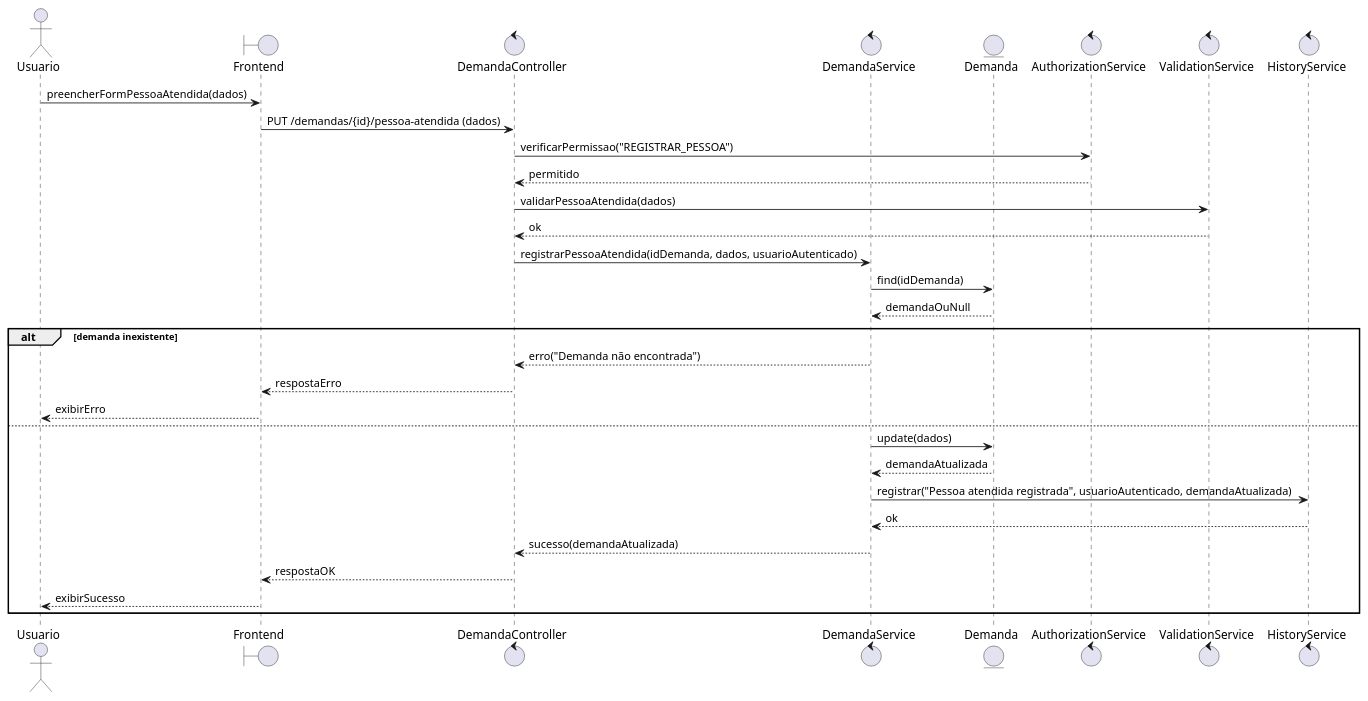
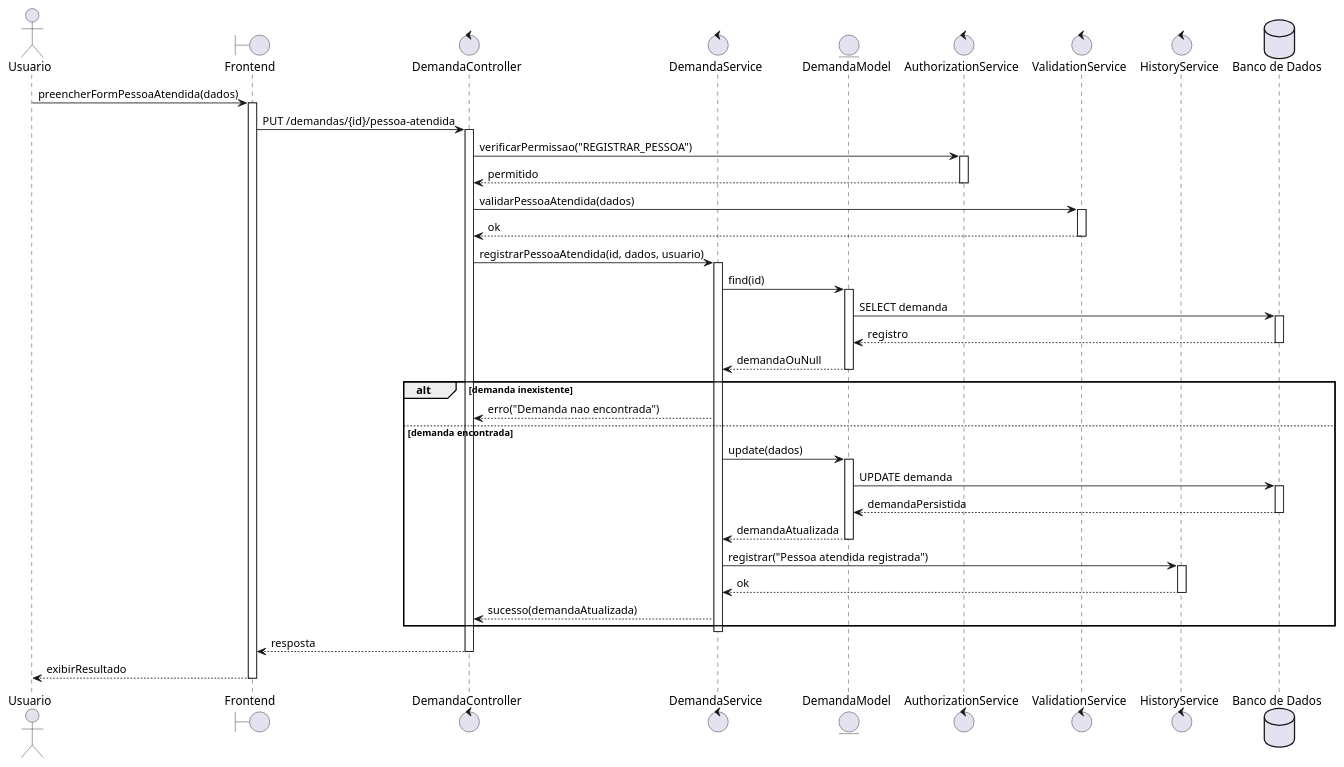
One commit to ICEI-PUC-Minas-PPLES-TI/plf-es-2025-2-tcci-0393100-dev-bernardo-biondini changed the diagram in Artefatos/Sequencia/reg_pes_ate.puml. Above: the diagram before and after it, drawn with PlantUML. The commit also changed 165 other files, not shown here.

Commit message:
Adequações dos diagramas de Sequencia e Comunicação as exigências da banca

```diff
--- a/Artefatos/Sequencia/reg_pes_ate.puml
+++ b/Artefatos/Sequencia/reg_pes_ate.puml
@@ -1,41 +1,57 @@
 @startuml
 actor Usuario
-
 boundary Frontend as FE
 control DemandaController as C
 control DemandaService as S
-entity Demanda as M
+entity DemandaModel as M
 control AuthorizationService as AuthZ
 control ValidationService as Val
 control HistoryService as Hist
+database "Banco de Dados" as DB
 
 Usuario -> FE : preencherFormPessoaAtendida(dados)
-FE -> C : PUT /demandas/{id}/pessoa-atendida (dados)
-
+activate FE
+FE -> C : PUT /demandas/{id}/pessoa-atendida
+activate C
 C -> AuthZ : verificarPermissao("REGISTRAR_PESSOA")
+activate AuthZ
 AuthZ --> C : permitido
-
+deactivate AuthZ
 C -> Val : validarPessoaAtendida(dados)
+activate Val
 Val --> C : ok
-
-C -> S : registrarPessoaAtendida(idDemanda, dados, usuarioAutenticado)
-
-S -> M : find(idDemanda)
+deactivate Val
+C -> S : registrarPessoaAtendida(id, dados, usuario)
+activate S
+S -> M : find(id)
+activate M
+M -> DB : SELECT demanda
+activate DB
+DB --> M : registro
+deactivate DB
 M --> S : demandaOuNull
+deactivate M
 
 alt demanda inexistente
-    S --> C : erro("Demanda não encontrada")
-    C --> FE : respostaErro
-    FE --> Usuario : exibirErro
-else
-    S -> M : update(dados)
-    M --> S : demandaAtualizada
-
-    S -> Hist : registrar("Pessoa atendida registrada", usuarioAutenticado, demandaAtualizada)
-    Hist --> S : ok
-
-    S --> C : sucesso(demandaAtualizada)
-    C --> FE : respostaOK
-    FE --> Usuario : exibirSucesso
+  S --> C : erro("Demanda nao encontrada")
+else demanda encontrada
+  S -> M : update(dados)
+  activate M
+  M -> DB : UPDATE demanda
+  activate DB
+  DB --> M : demandaPersistida
+  deactivate DB
+  M --> S : demandaAtualizada
+  deactivate M
+  S -> Hist : registrar("Pessoa atendida registrada")
+  activate Hist
+  Hist --> S : ok
+  deactivate Hist
+  S --> C : sucesso(demandaAtualizada)
 end
+deactivate S
+C --> FE : resposta
+deactivate C
+FE --> Usuario : exibirResultado
+deactivate FE
 @enduml
```
